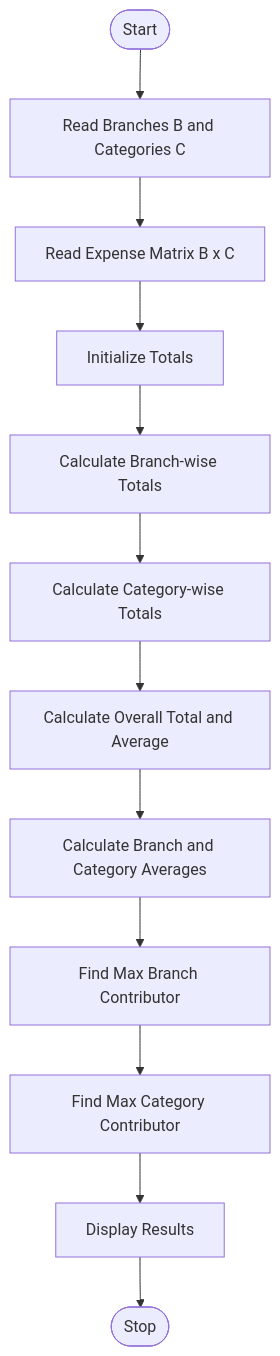
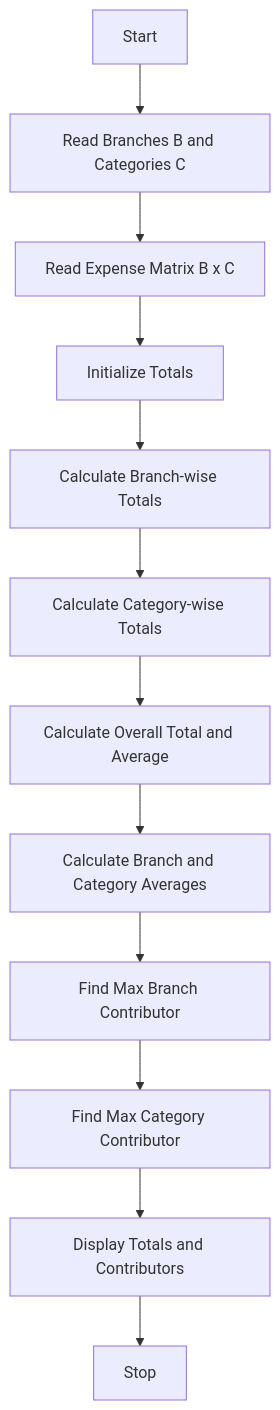
The diagram in Task2/Code.md (bhavyabalusupati10-maker/Python-Tasks), drawn with Mermaid before and after one commit. The commit also changed other lines of this file, not shown here.

````diff
--- a/Task2/Code.md
+++ b/Task2/Code.md
@@ -20,14 +21,14 @@
 ```mermaid
 flowchart TD
-    First([Start]) --> A[Read Branches B and Categories C]
-    A --> B[Read Expense Matrix B x C]
-    B --> C[Initialize Totals]
-    C --> D[Calculate Branch-wise Totals]
-    D --> E[Calculate Category-wise Totals]
-    E --> F[Calculate Overall Total and Average]
-    F --> G[Calculate Branch and Category Averages]
-    G --> H[Find Max Branch Contributor]
-    H --> I[Find Max Category Contributor]
-    I --> J[Display Results]
-    J --> Last([Stop])
+    A[Start] --> B[Read Branches B and Categories C]
+    B --> C[Read Expense Matrix B x C]
+    C --> D[Initialize Totals]
+    D --> E[Calculate Branch-wise Totals]
+    E --> F[Calculate Category-wise Totals]
+    F --> G[Calculate Overall Total and Average]
+    G --> H[Calculate Branch and Category Averages]
+    H --> I[Find Max Branch Contributor]
+    I --> J[Find Max Category Contributor]
+    J --> K[Display Totals and Contributors]
+    K --> L[Stop]
 ```
````
